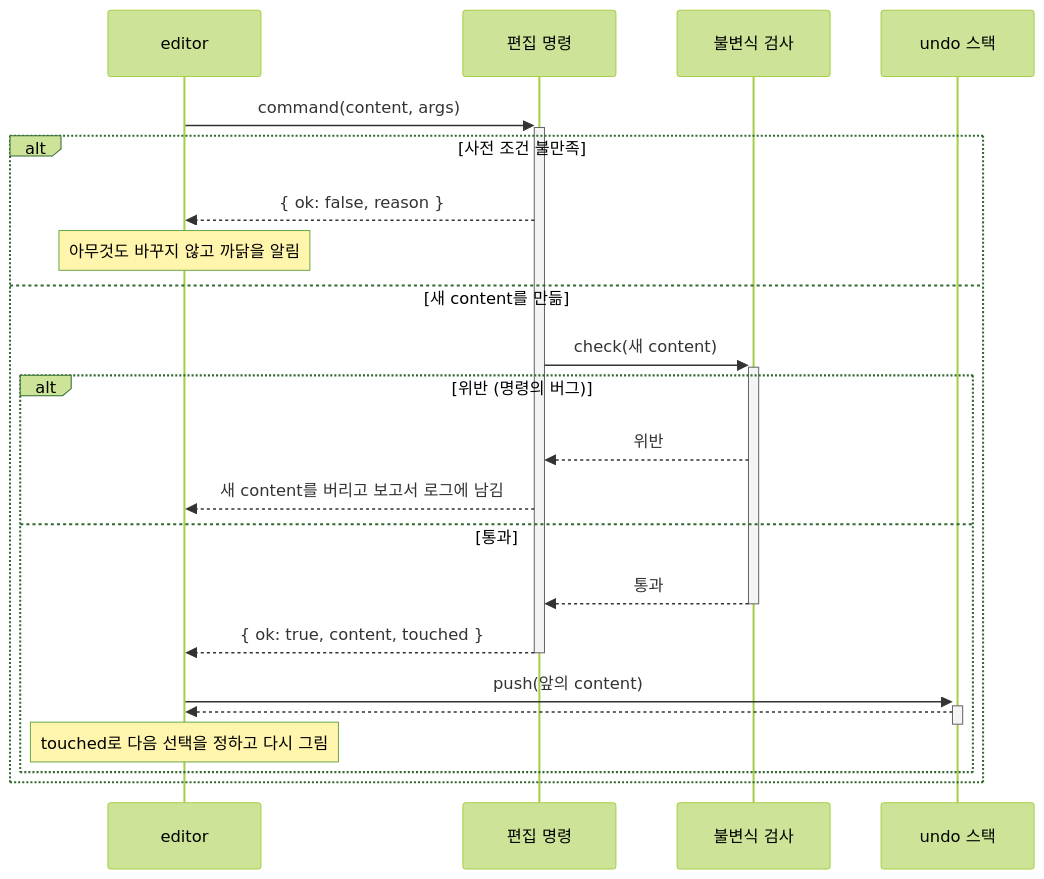
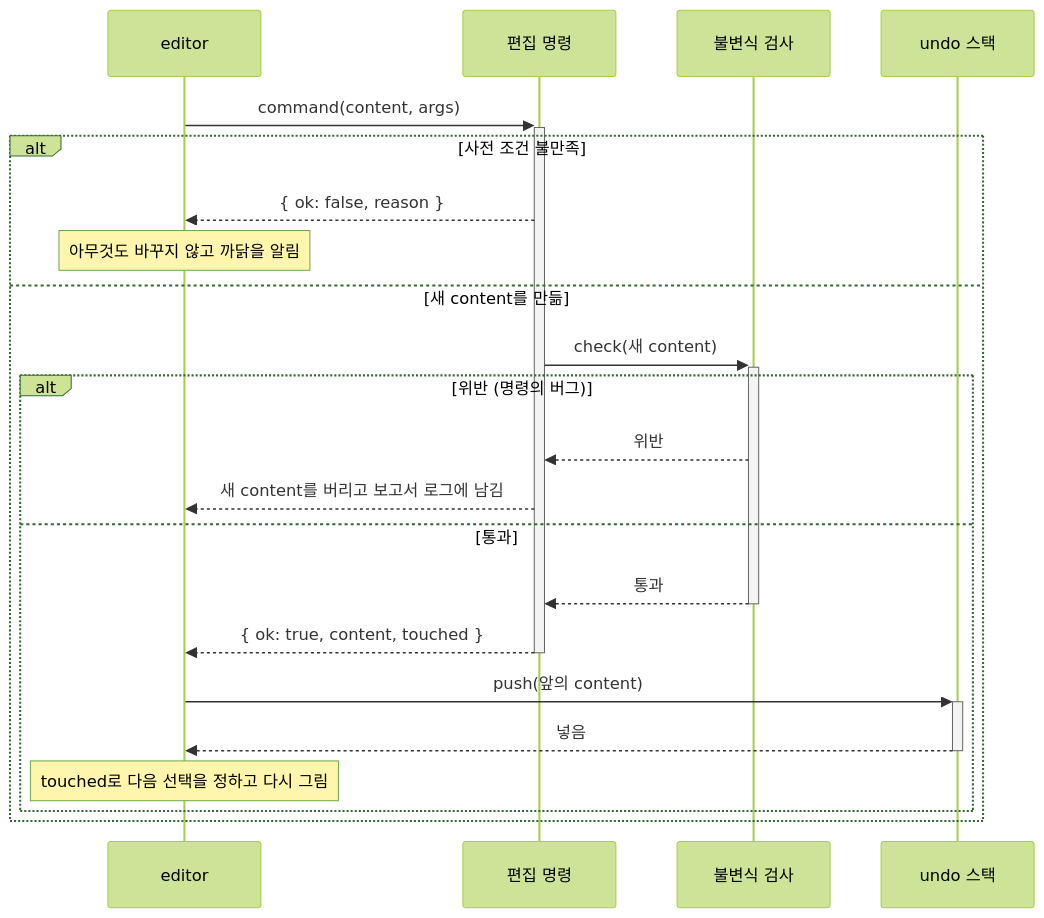
Before and after one commit to reddiana/AriadneNSD: the second of 2 diagrams in docs/04-design/01-model.md, drawn with Mermaid (forest theme). The commit also changed 4 other files, not shown here.

First line of the commit message:
사이트의 Mermaid 그림이 깨지던 것을 고침(메인테이너 inbox 6)

````diff
--- a/docs/04-design/01-model.md
+++ b/docs/04-design/01-model.md
@@ -229,24 +229,24 @@
 ```mermaid
 sequenceDiagram
     participant E as editor
     participant C as 편집 명령
     participant V as 불변식 검사
     participant H as undo 스택
     E->>+C: command(content, args)
     alt 사전 조건 불만족
         C-->>E: { ok: false, reason }
         Note over E: 아무것도 바꾸지 않고 까닭을 알림
     else 새 content를 만듦
         C->>+V: check(새 content)
         alt 위반 (명령의 버그)
             V-->>C: 위반
             C-->>E: 새 content를 버리고 보고서 로그에 남김
         else 통과
             V-->>-C: 통과
             C-->>-E: { ok: true, content, touched }
             E->>+H: push(앞의 content)
-            H-->>-E:
+            H-->>-E: 넣음
             Note over E: touched로 다음 선택을 정하고 다시 그림
         end
     end
 ```
````
